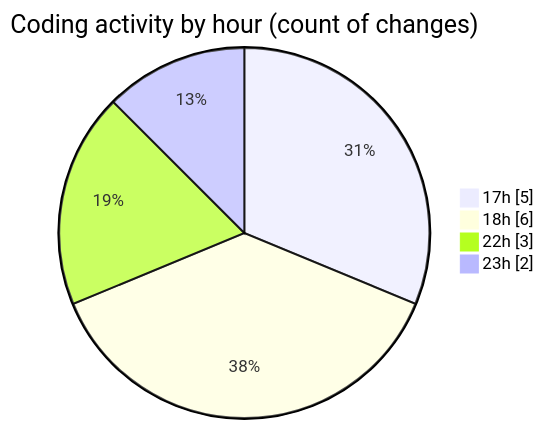
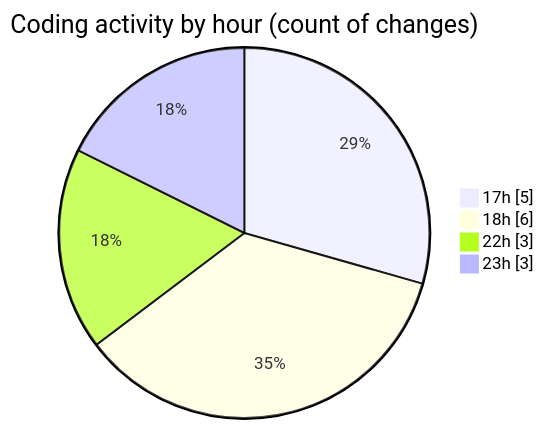
One commit to donsfak/code-tracking changed the second of 2 diagrams in 2025-02-07/portofolio/README.md. Above: the diagram before and after it, drawn with Mermaid. The commit also changed other lines of this file and 1 other file, not shown here.

````diff
--- a/2025-02-07/portofolio/README.md
+++ b/2025-02-07/portofolio/README.md
@@ -30,8 +30,8 @@
 ```mermaid
 pie showData
 title Coding activity by hour (count of changes)
 "17h" : 5
 "18h" : 6
 "22h" : 3
-"23h" : 2
+"23h" : 3
 ```
````
